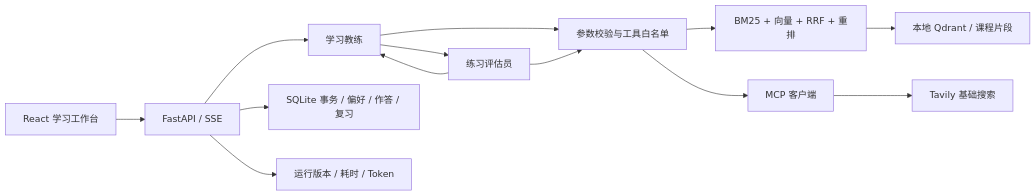
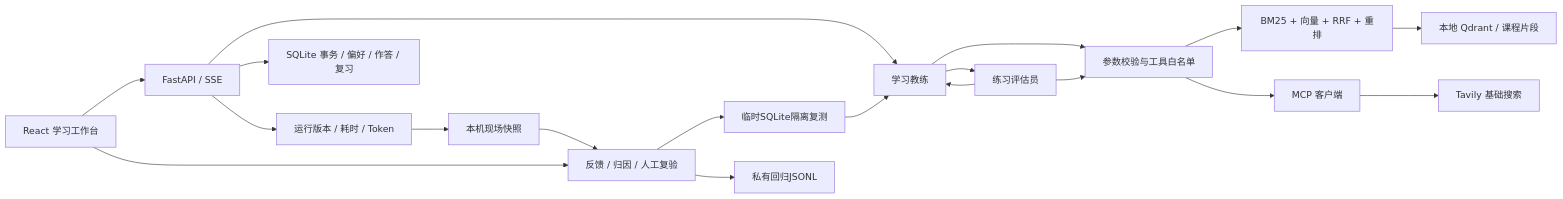
Before and after one commit to JennieChan-i/course-learning-assistant: the diagram in docs/architecture.md, drawn with Mermaid. The commit also changed other lines of this file and 33 other files, not shown here.

````diff
--- a/docs/architecture.md
+++ b/docs/architecture.md
@@ -5,15 +5,21 @@
 ```mermaid
 flowchart LR
   UI[React 学习工作台] --> API[FastAPI / SSE]
   API --> Coach[学习教练]
   Coach --> Tools[参数校验与工具白名单]
   Tools --> RAG[BM25 + 向量 + RRF + 重排]
   RAG --> DB[本地 Qdrant / 课程片段]
   Tools --> MCP[MCP 客户端]
   MCP --> Search[Tavily 基础搜索]
   Coach --> Judge[练习评估员]
   Judge --> Tools
   Judge --> Coach
   API --> Memory[SQLite 事务 / 偏好 / 作答 / 复习]
   API --> Trace[运行版本 / 耗时 / Token]
+  Trace --> Snapshot[本机现场快照]
+  UI --> Quality[反馈 / 归因 / 人工复验]
+  Snapshot --> Quality
+  Quality --> Replay[临时SQLite隔离复测]
+  Replay --> Coach
+  Quality --> Regression[私有回归JSONL]
 ```
````
